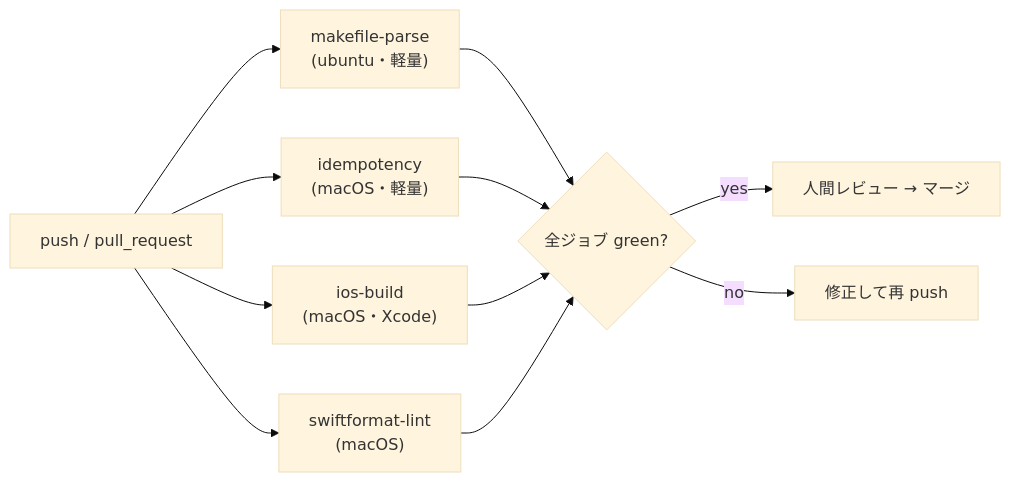
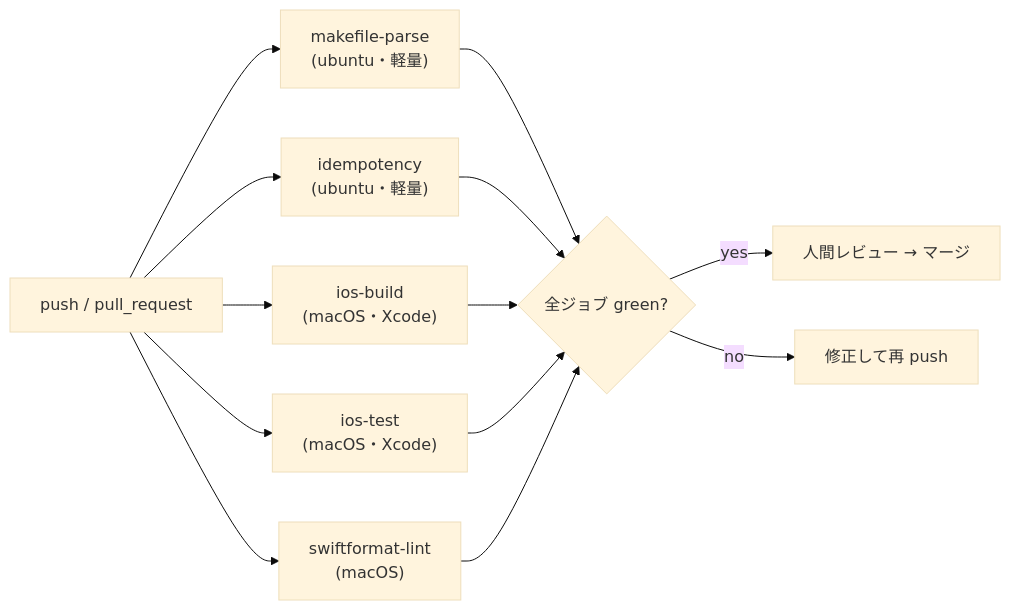
One commit to kokiTakashiki/CoreBluetoothPlayground changed the sixth of 10 diagrams in docs/IMPLEMENTATION_PLAN.md. Above: the diagram before and after it, drawn with Mermaid (base theme). The commit also changed other lines of this file and 3 other files, not shown here.

First line of the commit message:
PR1: ios-test を CI ゲートに追加・シミュレータを動的解決

````diff
--- a/docs/IMPLEMENTATION_PLAN.md
+++ b/docs/IMPLEMENTATION_PLAN.md
@@ -209,14 +209,16 @@
 ```mermaid
 graph LR
     PR["push / pull_request"]
     PR --> MP["makefile-parse<br/>(ubuntu・軽量)"]
-    PR --> ID["idempotency<br/>(macOS・軽量)"]
+    PR --> ID["idempotency<br/>(ubuntu・軽量)"]
     PR --> IB["ios-build<br/>(macOS・Xcode)"]
+    PR --> IT["ios-test<br/>(macOS・Xcode)"]
     PR --> SL["swiftformat-lint<br/>(macOS)"]
     MP --> G{"全ジョブ green?"}
     ID --> G
     IB --> G
+    IT --> G
     SL --> G
     G -->|yes| RV["人間レビュー → マージ"]
     G -->|no| FX["修正して再 push"]
 ```
````
